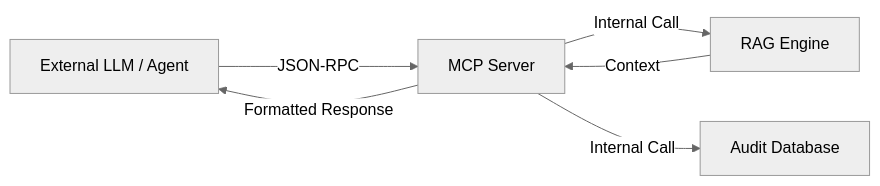
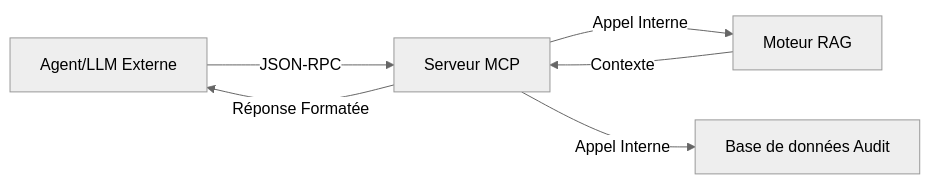
Before and after one commit to kchami77/rgaa-extractor: the diagram in docs/technical_sheets/03_mcp_integration.md, drawn with Mermaid (neutral theme). The commit also changed other lines of this file and 4 other files, not shown here.

````diff
--- a/docs/technical_sheets/03_mcp_integration.md
+++ b/docs/technical_sheets/03_mcp_integration.md
@@ -12,8 +12,8 @@
 ```mermaid
 graph LR
-    AI[External LLM / Agent] -->|JSON-RPC| MCP[MCP Server]
-    MCP -->|Internal Call| RAG[RAG Engine]
-    MCP -->|Internal Call| DB[Audit Database]
-    RAG -->|Context| MCP
-    MCP -->|Formatted Response| AI
+    AI[Agent/LLM Externe] -->|JSON-RPC| MCP[Serveur MCP]
+    MCP -->|Appel Interne| RAG[Moteur RAG]
+    MCP -->|Appel Interne| DB[Base de données Audit]
+    RAG -->|Contexte| MCP
+    MCP -->|Réponse Formatée| AI
 ```
````
